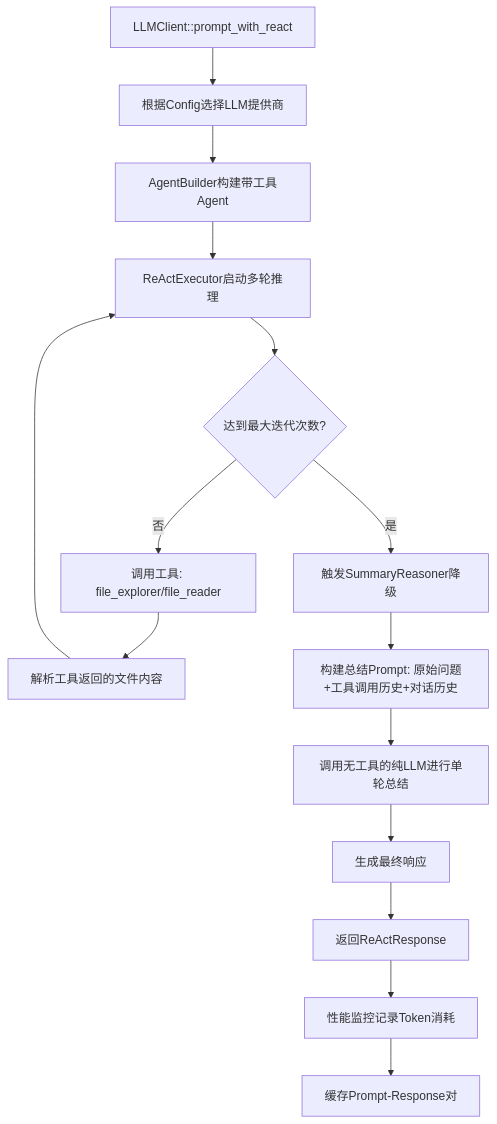
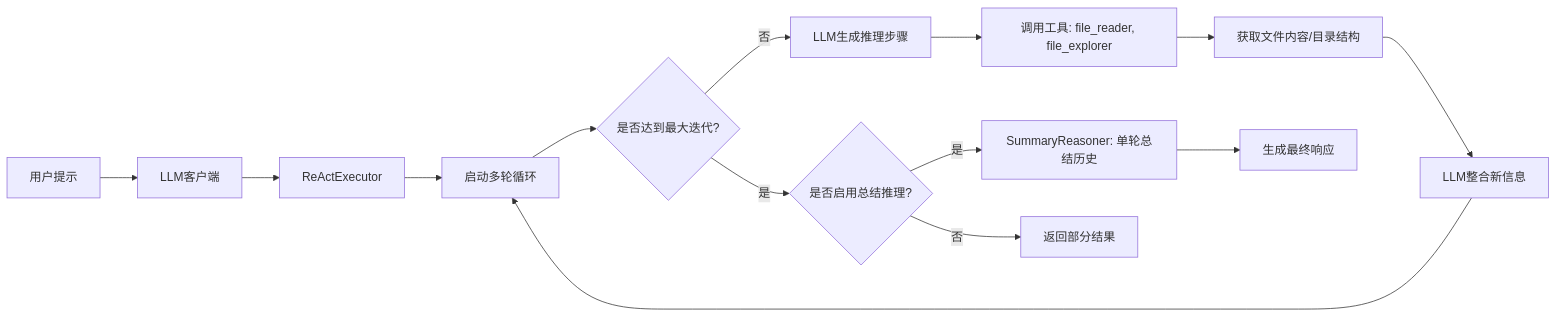
The third of 5 diagrams in docs/3、工作流程.md (BigtoC/deepwiki-rs), drawn with Mermaid before and after one commit. The commit also changed other lines of this file and 12 other files, not shown here.

````diff
--- a/docs/3、工作流程.md
+++ b/docs/3、工作流程.md
@@ -122,17 +105,16 @@
 ```mermaid
-graph TD
-    A[LLMClient::prompt_with_react] --> B[根据Config选择LLM提供商]
-    B --> C[AgentBuilder构建带工具Agent]
-    C --> D[ReActExecutor启动多轮推理]
-    D --> E{达到最大迭代次数?}
-    E -- 否 --> F[调用工具: file_explorer/file_reader]
-    F --> G[解析工具返回的文件内容]
-    G --> D
-    E -- 是 --> H[触发SummaryReasoner降级]
-    H --> I[构建总结Prompt: 原始问题+工具调用历史+对话历史]
-    I --> J[调用无工具的纯LLM进行单轮总结]
-    J --> K[生成最终响应]
-    K --> L[返回ReActResponse]
-    L --> M[性能监控记录Token消耗]
-    M --> N[缓存Prompt-Response对]
+graph LR
+    A[用户提示] --> B[LLM客户端]
+    B --> C[ReActExecutor]
+    C --> D[启动多轮循环]
+    D --> E{是否达到最大迭代?}
+    E -- 否 --> F[LLM生成推理步骤]
+    F --> G[调用工具: file_reader, file_explorer]
+    G --> H[获取文件内容/目录结构]
+    H --> I[LLM整合新信息]
+    I --> D
+    E -- 是 --> J{是否启用总结推理?}
+    J -- 是 --> K[SummaryReasoner: 单轮总结历史]
+    K --> L[生成最终响应]
+    J -- 否 --> M[返回部分结果]
 ```
````
